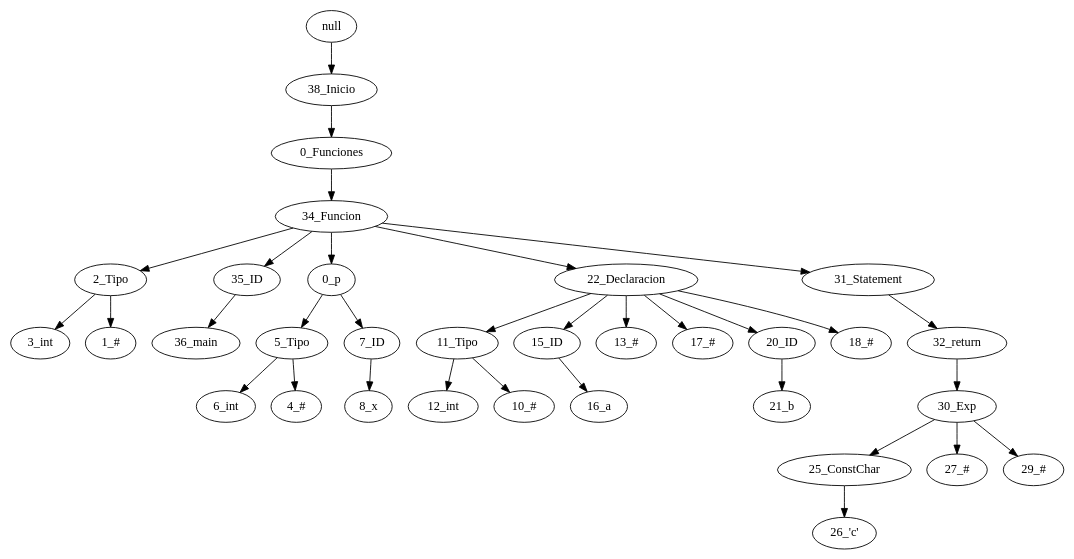
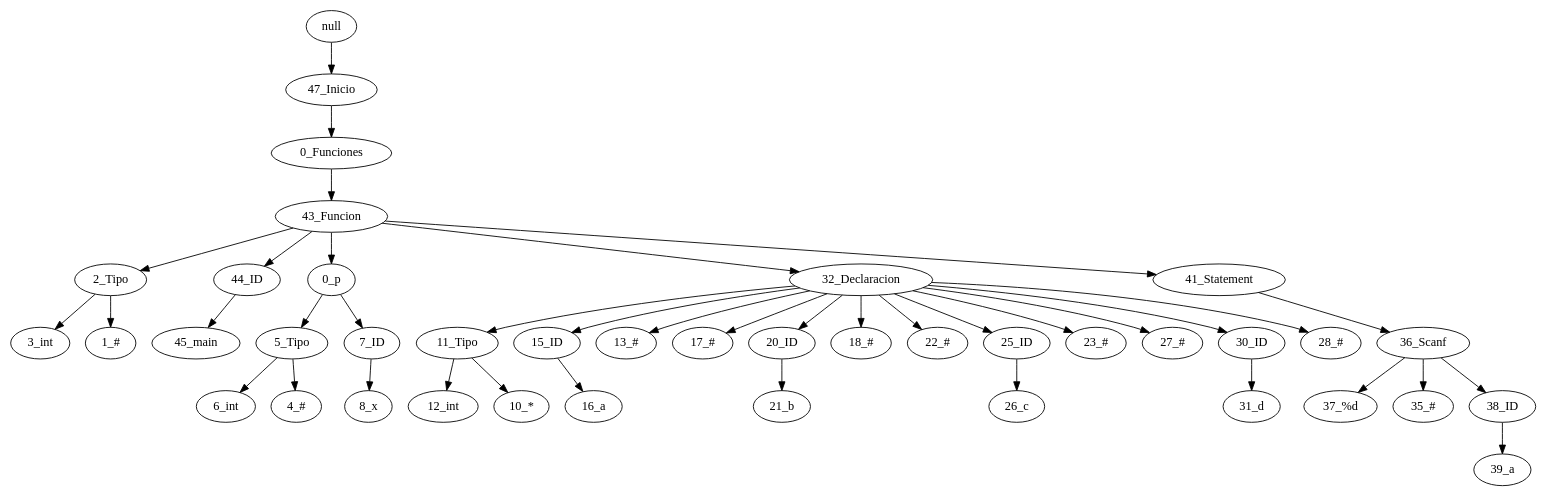
One commit to IlianaPinto/Mini-C changed the diagram in Interfaz/src/Analizador/generado.dot. Above: the diagram before and after it, drawn with Graphviz. The commit also changed 8 other files, not shown here.

```diff
--- a/Interfaz/src/Analizador/generado.dot
+++ b/Interfaz/src/Analizador/generado.dot
@@ -1,34 +1,41 @@
 digraph {
-"null" -> "38_Inicio";
-"38_Inicio" -> "0_Funciones";
-"0_Funciones" -> "34_Funcion";
-"34_Funcion" -> "2_Tipo";
+"null" -> "47_Inicio";
+"47_Inicio" -> "0_Funciones";
+"0_Funciones" -> "43_Funcion";
+"43_Funcion" -> "2_Tipo";
 "2_Tipo" -> "3_int";
 "2_Tipo" -> "1_#";
-"34_Funcion" -> "35_ID";
-"35_ID" -> "36_main";
-"34_Funcion" -> "0_p";
+"43_Funcion" -> "44_ID";
+"44_ID" -> "45_main";
+"43_Funcion" -> "0_p";
 "0_p" -> "5_Tipo";
 "5_Tipo" -> "6_int";
 "5_Tipo" -> "4_#";
 "0_p" -> "7_ID";
 "7_ID" -> "8_x";
-"34_Funcion" -> "22_Declaracion";
-"22_Declaracion" -> "11_Tipo";
+"43_Funcion" -> "32_Declaracion";
+"32_Declaracion" -> "11_Tipo";
 "11_Tipo" -> "12_int";
-"11_Tipo" -> "10_#";
-"22_Declaracion" -> "15_ID";
+"11_Tipo" -> "10_*";
+"32_Declaracion" -> "15_ID";
 "15_ID" -> "16_a";
-"22_Declaracion" -> "13_#";
-"22_Declaracion" -> "17_#";
-"22_Declaracion" -> "20_ID";
+"32_Declaracion" -> "13_#";
+"32_Declaracion" -> "17_#";
+"32_Declaracion" -> "20_ID";
 "20_ID" -> "21_b";
-"22_Declaracion" -> "18_#";
-"34_Funcion" -> "31_Statement";
-"31_Statement" -> "32_return";
-"32_return" -> "30_Exp";
-"30_Exp" -> "25_ConstChar";
-"25_ConstChar" -> "26_'c'";
-"30_Exp" -> "27_#";
-"30_Exp" -> "29_#";
+"32_Declaracion" -> "18_#";
+"32_Declaracion" -> "22_#";
+"32_Declaracion" -> "25_ID";
+"25_ID" -> "26_c";
+"32_Declaracion" -> "23_#";
+"32_Declaracion" -> "27_#";
+"32_Declaracion" -> "30_ID";
+"30_ID" -> "31_d";
+"32_Declaracion" -> "28_#";
+"43_Funcion" -> "41_Statement";
+"41_Statement" -> "36_Scanf";
+"36_Scanf" -> "37_%d";
+"36_Scanf" -> "35_#";
+"36_Scanf" -> "38_ID";
+"38_ID" -> "39_a";
 }
```
